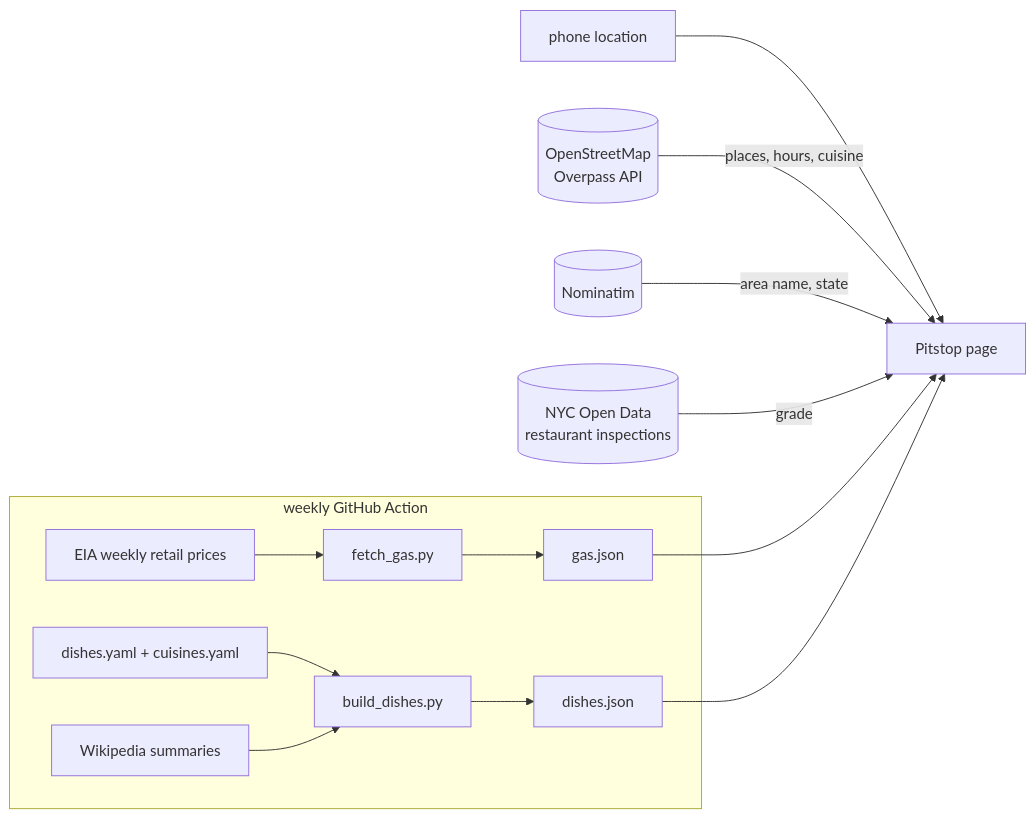
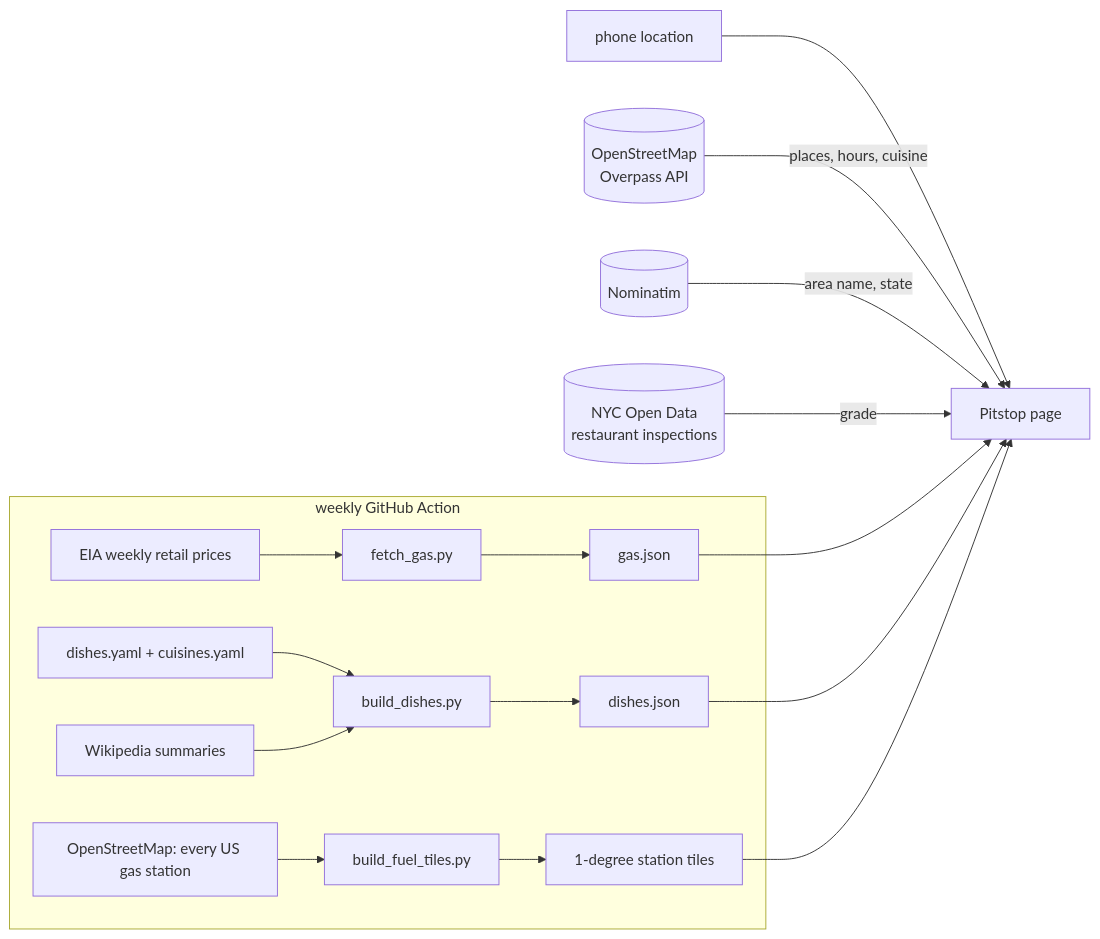
Before and after one commit to madhubuddaraju/pitstop: the diagram in README.md, drawn with Mermaid. The commit also changed other lines of this file and 6 other files, not shown here.

Commit message:
Prebuilt US gas station tiles

````diff
--- a/README.md
+++ b/README.md
@@ -39,14 +39,15 @@
 ```mermaid
 flowchart LR
     GPS[phone location] --> APP[Pitstop page]
     OSM[(OpenStreetMap<br/>Overpass API)] -->|places, hours, cuisine| APP
     NOM[(Nominatim)] -->|area name, state| APP
     NYC[(NYC Open Data<br/>restaurant inspections)] -->|grade| APP
     subgraph weekly GitHub Action
       EIA[EIA weekly retail prices] --> G[fetch_gas.py] --> GJ[gas.json]
       Y[dishes.yaml + cuisines.yaml] --> B[build_dishes.py]
       WP[Wikipedia summaries] --> B
       B --> DJ[dishes.json]
+      OV[OpenStreetMap: every US gas station] --> F[build_fuel_tiles.py] --> FT[1-degree station tiles]
     end
-    GJ & DJ --> APP
+    GJ & DJ & FT --> APP
 ```
````
